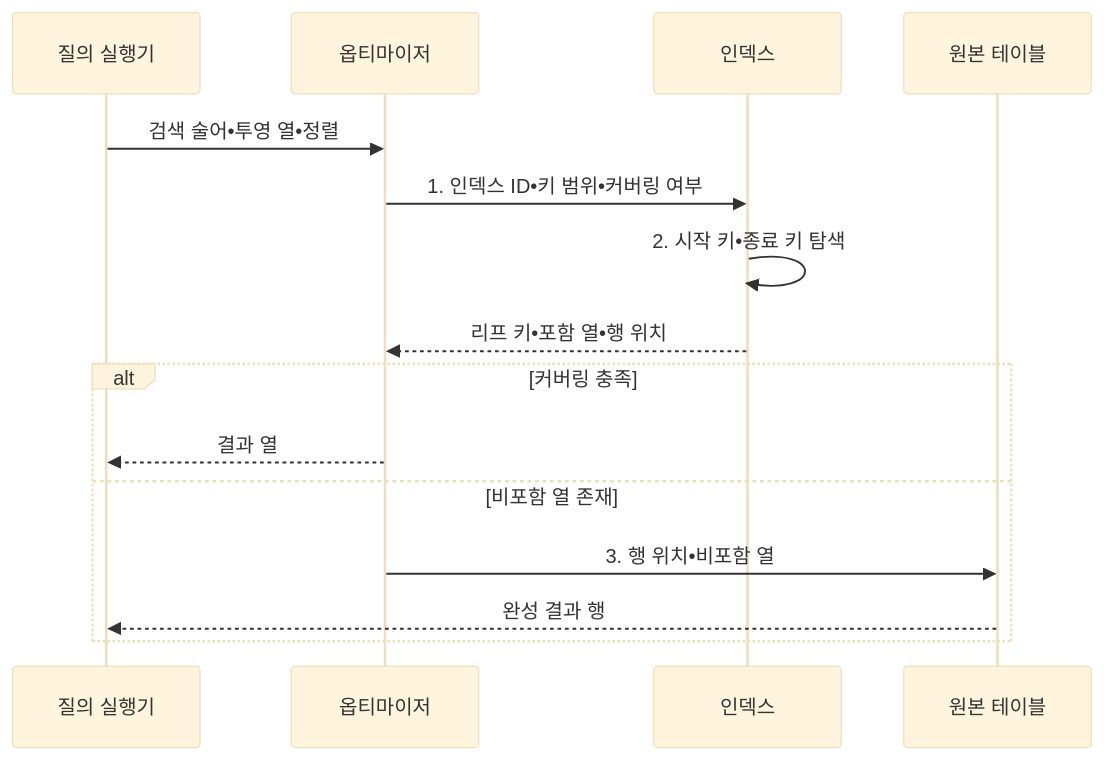
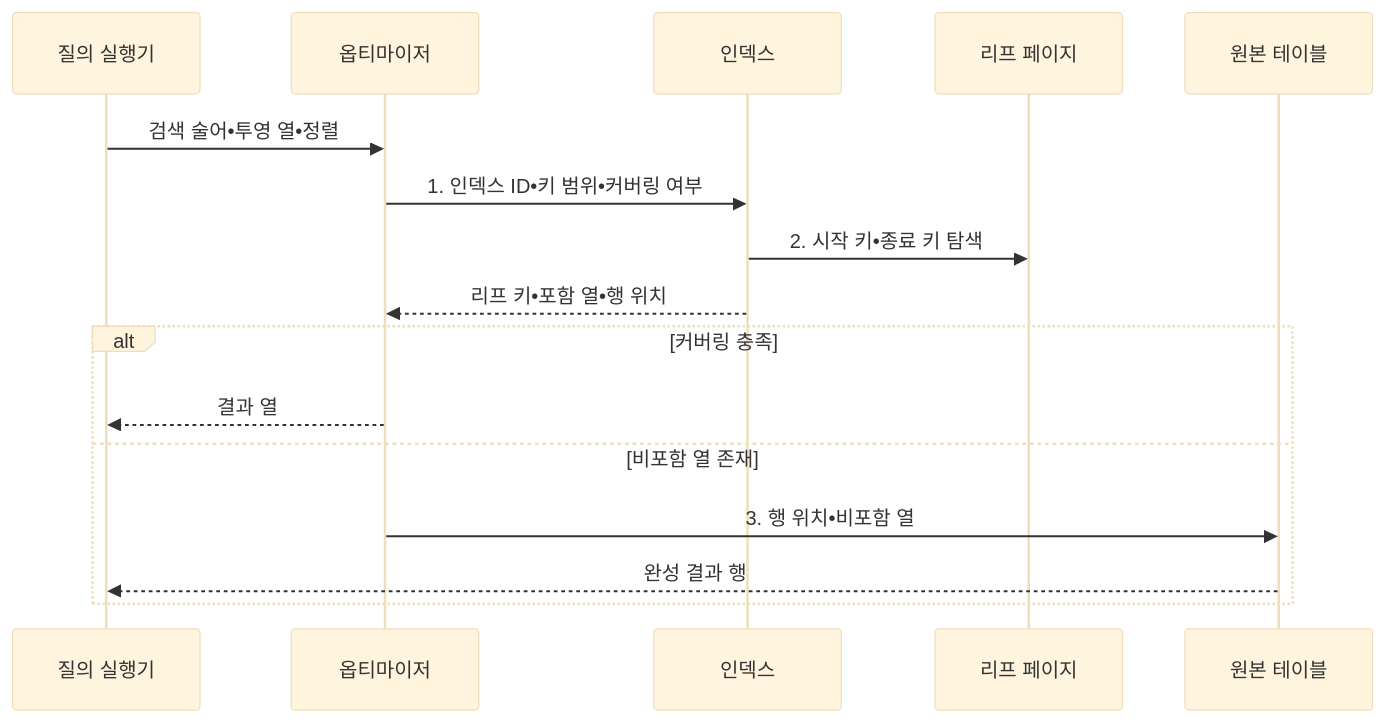
Before and after one commit to agnusdei1207/knowledge-base: the second of 2 diagrams in src/content/docs/notes/03-software/094_clustered_covering_index.md, drawn with Mermaid (base theme). The commit also changed other lines of this file and 15 other files, not shown here.

````diff
--- a/src/content/docs/notes/03-software/094_clustered_covering_index.md
+++ b/src/content/docs/notes/03-software/094_clustered_covering_index.md
@@ -105,17 +105,18 @@
 ```mermaid
 sequenceDiagram
     participant Q as 질의 실행기
     participant O as 옵티마이저
     participant I as 인덱스
+    participant L as 리프 페이지
     participant T as 원본 테이블
     Q->>O: 검색 술어•투영 열•정렬
     O->>I: 1. 인덱스 ID•키 범위•커버링 여부
-    I->>I: 2. 시작 키•종료 키 탐색
+    I->>L: 2. 시작 키•종료 키 탐색
     I-->>O: 리프 키•포함 열•행 위치
     alt 커버링 충족
         O-->>Q: 결과 열
     else 비포함 열 존재
         O->>T: 3. 행 위치•비포함 열
         T-->>Q: 완성 결과 행
     end
 ```
````
